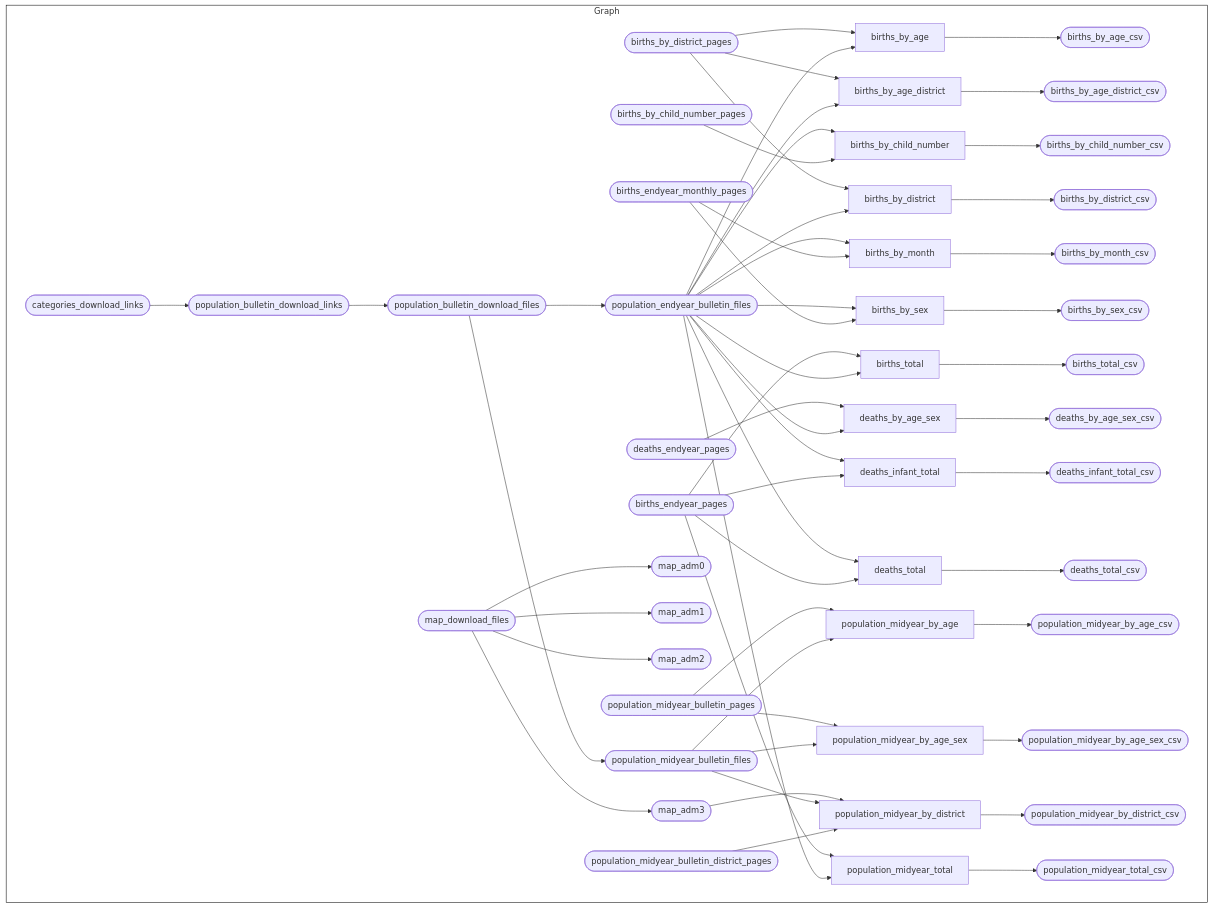
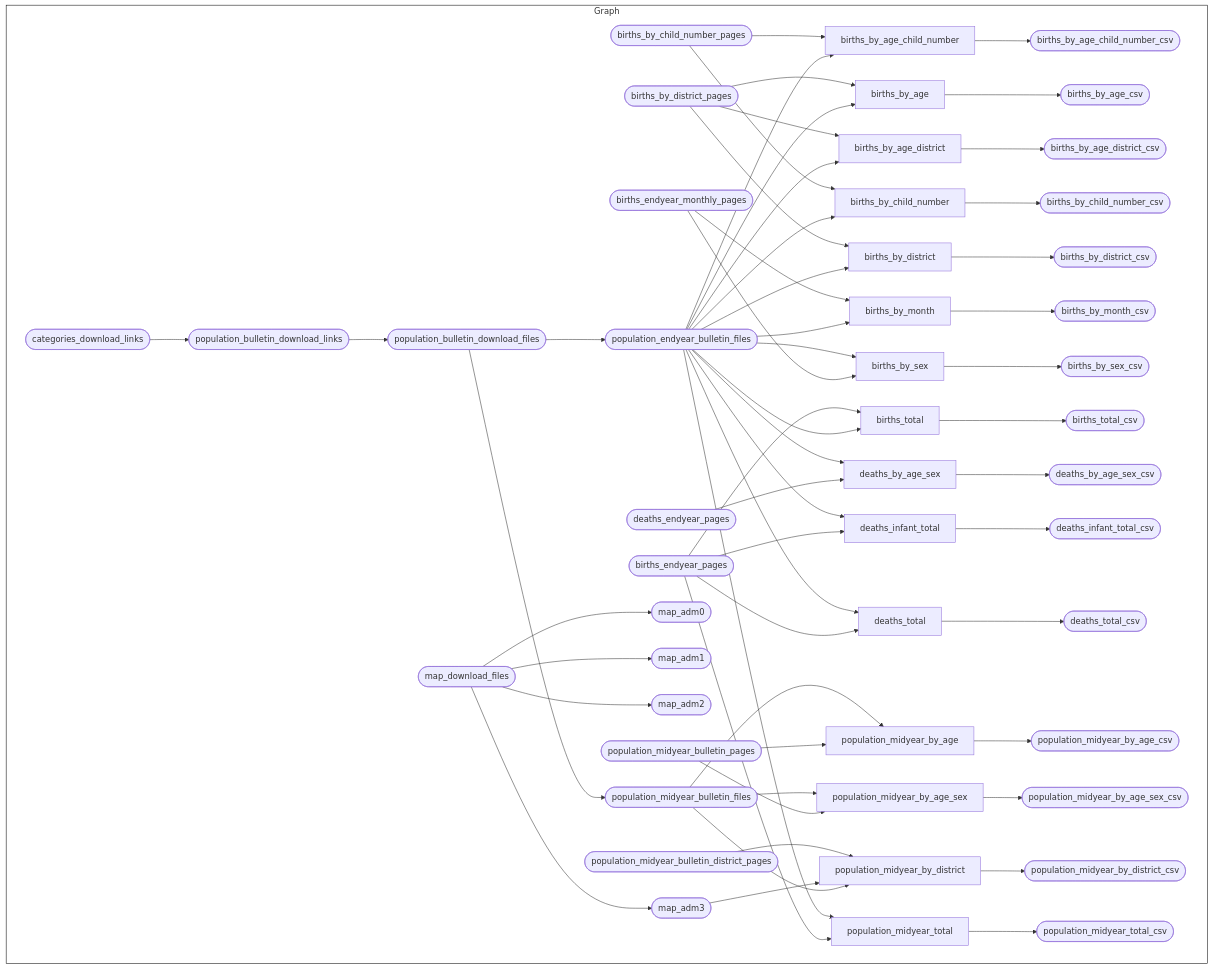
The diagram in README.md (OxfordIHTM/seychelles-statistics), drawn with Mermaid before and after one commit. The commit also changed 6 other files, not shown here.

Commit message:
create targets/outputs for births by age and birth order; fix #71

````diff
--- a/README.md
+++ b/README.md
@@ -205,59 +205,62 @@
 ``` mermaid
 graph LR
   style Graph fill:#FFFFFF00,stroke:#000000;
   subgraph Graph
     direction LR
+    x39c53f3806f354bf(["births_by_district_pages"]):::skipped --> xb5d471b223f71093["births_by_age"]:::skipped
     xeea0ec396e5de5da(["population_endyear_bulletin_files"]):::skipped --> xb5d471b223f71093["births_by_age"]:::skipped
-    x39c53f3806f354bf(["births_by_district_pages"]):::skipped --> xb5d471b223f71093["births_by_age"]:::skipped
+    xd7ed52d5505f1301(["births_by_child_number_pages"]):::skipped --> xdb9387a71d9afb77["births_by_age_child_number"]:::skipped
+    xeea0ec396e5de5da(["population_endyear_bulletin_files"]):::skipped --> xdb9387a71d9afb77["births_by_age_child_number"]:::skipped
+    xdb9387a71d9afb77["births_by_age_child_number"]:::skipped --> x37b1525401441d9f(["births_by_age_child_number_csv"]):::completed
     xb5d471b223f71093["births_by_age"]:::skipped --> xbbabd51f8df64492(["births_by_age_csv"]):::skipped
+    x39c53f3806f354bf(["births_by_district_pages"]):::skipped --> x4094d4f6d0f8f35a["births_by_age_district"]:::skipped
     xeea0ec396e5de5da(["population_endyear_bulletin_files"]):::skipped --> x4094d4f6d0f8f35a["births_by_age_district"]:::skipped
-    x39c53f3806f354bf(["births_by_district_pages"]):::skipped --> x4094d4f6d0f8f35a["births_by_age_district"]:::skipped
     x4094d4f6d0f8f35a["births_by_age_district"]:::skipped --> x11faadcda3280dc2(["births_by_age_district_csv"]):::skipped
     xd7ed52d5505f1301(["births_by_child_number_pages"]):::skipped --> x816c05a21a018486["births_by_child_number"]:::skipped
     xeea0ec396e5de5da(["population_endyear_bulletin_files"]):::skipped --> x816c05a21a018486["births_by_child_number"]:::skipped
-    x816c05a21a018486["births_by_child_number"]:::skipped --> x0fb17a50aa9b7bc4(["births_by_child_number_csv"]):::completed
+    x816c05a21a018486["births_by_child_number"]:::skipped --> x0fb17a50aa9b7bc4(["births_by_child_number_csv"]):::skipped
+    x39c53f3806f354bf(["births_by_district_pages"]):::skipped --> x0c2c53d9eeb365ed["births_by_district"]:::skipped
     xeea0ec396e5de5da(["population_endyear_bulletin_files"]):::skipped --> x0c2c53d9eeb365ed["births_by_district"]:::skipped
-    x39c53f3806f354bf(["births_by_district_pages"]):::skipped --> x0c2c53d9eeb365ed["births_by_district"]:::skipped
     x0c2c53d9eeb365ed["births_by_district"]:::skipped --> x45f5b18e27a4d0fe(["births_by_district_csv"]):::skipped
     x5c7646da106bc2f6(["births_endyear_monthly_pages"]):::skipped --> x2c584c9caafc1be8["births_by_month"]:::skipped
     xeea0ec396e5de5da(["population_endyear_bulletin_files"]):::skipped --> x2c584c9caafc1be8["births_by_month"]:::skipped
     x2c584c9caafc1be8["births_by_month"]:::skipped --> xa87bb9563f27e00c(["births_by_month_csv"]):::skipped
+    xeea0ec396e5de5da(["population_endyear_bulletin_files"]):::skipped --> x1e485a7f2384826f["births_by_sex"]:::skipped
     x5c7646da106bc2f6(["births_endyear_monthly_pages"]):::skipped --> x1e485a7f2384826f["births_by_sex"]:::skipped
-    xeea0ec396e5de5da(["population_endyear_bulletin_files"]):::skipped --> x1e485a7f2384826f["births_by_sex"]:::skipped
     x1e485a7f2384826f["births_by_sex"]:::skipped --> xa6b75ce42a7aa79e(["births_by_sex_csv"]):::skipped
+    xe648a7801cd2da2c(["births_endyear_pages"]):::skipped --> x2f4500c2756065a9["births_total"]:::skipped
     xeea0ec396e5de5da(["population_endyear_bulletin_files"]):::skipped --> x2f4500c2756065a9["births_total"]:::skipped
-    xe648a7801cd2da2c(["births_endyear_pages"]):::skipped --> x2f4500c2756065a9["births_total"]:::skipped
     x2f4500c2756065a9["births_total"]:::skipped --> xd95928afea598d8e(["births_total_csv"]):::skipped
     xeea0ec396e5de5da(["population_endyear_bulletin_files"]):::skipped --> xae333981c466810a["deaths_by_age_sex"]:::skipped
     x344a2780ffaeb7bd(["deaths_endyear_pages"]):::skipped --> xae333981c466810a["deaths_by_age_sex"]:::skipped
     xae333981c466810a["deaths_by_age_sex"]:::skipped --> xaf8165dda7ea936b(["deaths_by_age_sex_csv"]):::skipped
+    xeea0ec396e5de5da(["population_endyear_bulletin_files"]):::skipped --> x1d5c00f1e4e41ab7["deaths_infant_total"]:::skipped
     xe648a7801cd2da2c(["births_endyear_pages"]):::skipped --> x1d5c00f1e4e41ab7["deaths_infant_total"]:::skipped
-    xeea0ec396e5de5da(["population_endyear_bulletin_files"]):::skipped --> x1d5c00f1e4e41ab7["deaths_infant_total"]:::skipped
     x1d5c00f1e4e41ab7["deaths_infant_total"]:::skipped --> x548dbfa0844427dc(["deaths_infant_total_csv"]):::skipped
+    xeea0ec396e5de5da(["population_endyear_bulletin_files"]):::skipped --> xfd0ff0d9529d4bbd["deaths_total"]:::skipped
     xe648a7801cd2da2c(["births_endyear_pages"]):::skipped --> xfd0ff0d9529d4bbd["deaths_total"]:::skipped
-    xeea0ec396e5de5da(["population_endyear_bulletin_files"]):::skipped --> xfd0ff0d9529d4bbd["deaths_total"]:::skipped
     xfd0ff0d9529d4bbd["deaths_total"]:::skipped --> xe42488d3267f69ff(["deaths_total_csv"]):::skipped
     x8e509dc7997a12f8(["map_download_files"]):::skipped --> x4851b2941f7c62fc(["map_adm0"]):::skipped
     x8e509dc7997a12f8(["map_download_files"]):::skipped --> xccb26dd891c9a035(["map_adm1"]):::skipped
     x8e509dc7997a12f8(["map_download_files"]):::skipped --> x30d02f8bff8e7f8d(["map_adm2"]):::skipped
     x8e509dc7997a12f8(["map_download_files"]):::skipped --> x7b26bed1fc581742(["map_adm3"]):::skipped
     x90a781ac8daf46c6(["population_bulletin_download_links"]):::skipped --> x303dcb35f327bc97(["population_bulletin_download_files"]):::skipped
     xa7b0e3bf1c25b597(["categories_download_links"]):::skipped --> x90a781ac8daf46c6(["population_bulletin_download_links"]):::skipped
     x303dcb35f327bc97(["population_bulletin_download_files"]):::skipped --> xeea0ec396e5de5da(["population_endyear_bulletin_files"]):::skipped
     x303dcb35f327bc97(["population_bulletin_download_files"]):::skipped --> x52e965cb7c1cd1fc(["population_midyear_bulletin_files"]):::skipped
     x52e965cb7c1cd1fc(["population_midyear_bulletin_files"]):::skipped --> x946771421caaa150["population_midyear_by_age"]:::skipped
     xefa1a60843915f9f(["population_midyear_bulletin_pages"]):::skipped --> x946771421caaa150["population_midyear_by_age"]:::skipped
     x946771421caaa150["population_midyear_by_age"]:::skipped --> xa1686cc888963231(["population_midyear_by_age_csv"]):::skipped
     x52e965cb7c1cd1fc(["population_midyear_bulletin_files"]):::skipped --> x426614807f974316["population_midyear_by_age_sex"]:::skipped
     xefa1a60843915f9f(["population_midyear_bulletin_pages"]):::skipped --> x426614807f974316["population_midyear_by_age_sex"]:::skipped
     x426614807f974316["population_midyear_by_age_sex"]:::skipped --> xf3039e66b37a1219(["population_midyear_by_age_sex_csv"]):::skipped
     x9f6b6d2ed74a37b4(["population_midyear_bulletin_district_pages"]):::skipped --> xd0c8e8b884ab8581["population_midyear_by_district"]:::skipped
+    x7b26bed1fc581742(["map_adm3"]):::skipped --> xd0c8e8b884ab8581["population_midyear_by_district"]:::skipped
     x52e965cb7c1cd1fc(["population_midyear_bulletin_files"]):::skipped --> xd0c8e8b884ab8581["population_midyear_by_district"]:::skipped
-    x7b26bed1fc581742(["map_adm3"]):::skipped --> xd0c8e8b884ab8581["population_midyear_by_district"]:::skipped
     xd0c8e8b884ab8581["population_midyear_by_district"]:::skipped --> xf94a6bce4cea6c14(["population_midyear_by_district_csv"]):::skipped
     xeea0ec396e5de5da(["population_endyear_bulletin_files"]):::skipped --> x52d6a6119be69714["population_midyear_total"]:::skipped
     xe648a7801cd2da2c(["births_endyear_pages"]):::skipped --> x52d6a6119be69714["population_midyear_total"]:::skipped
     x52d6a6119be69714["population_midyear_total"]:::skipped --> x37b834e41770c27f(["population_midyear_total_csv"]):::skipped
     
   end
 ```
````
